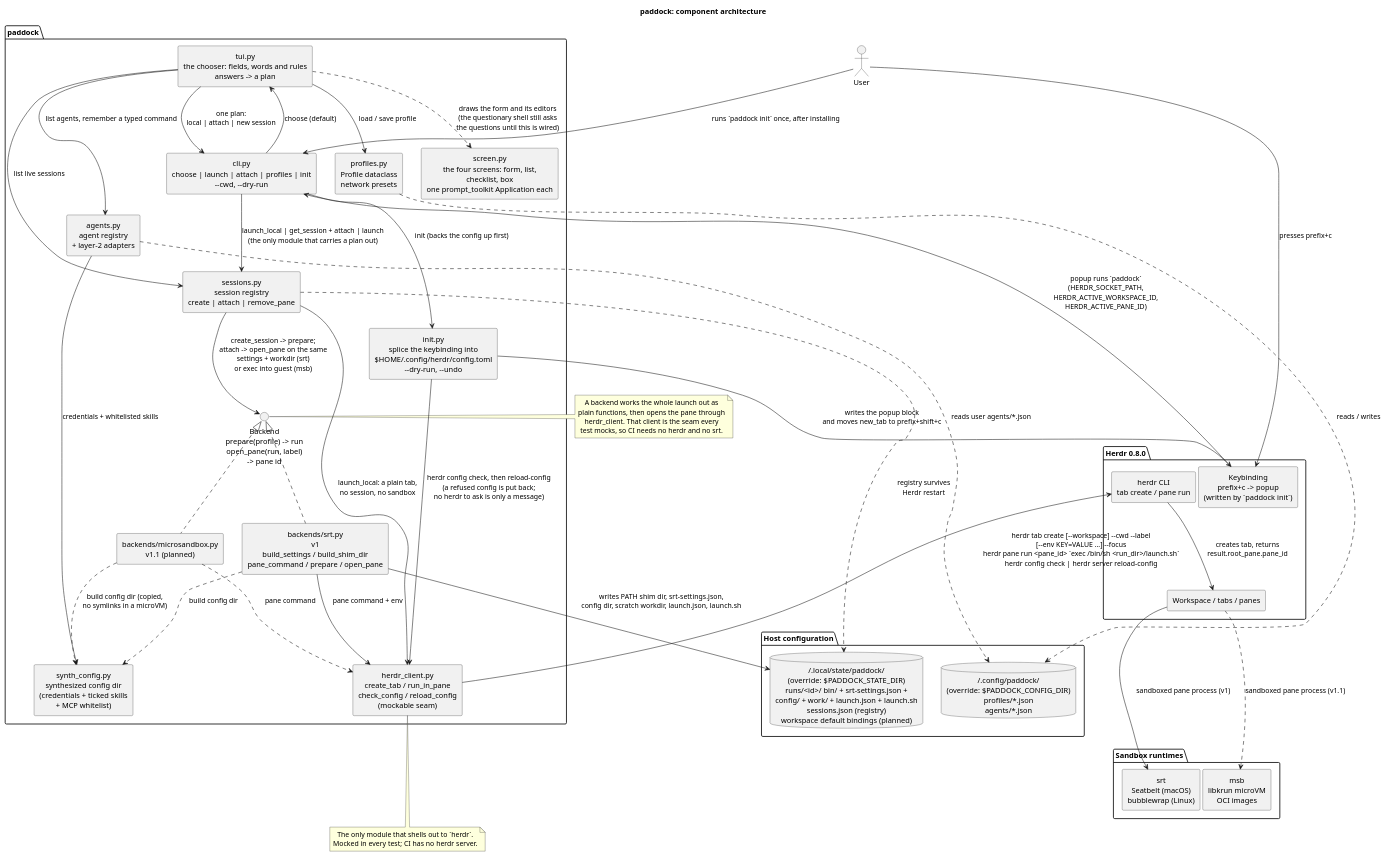
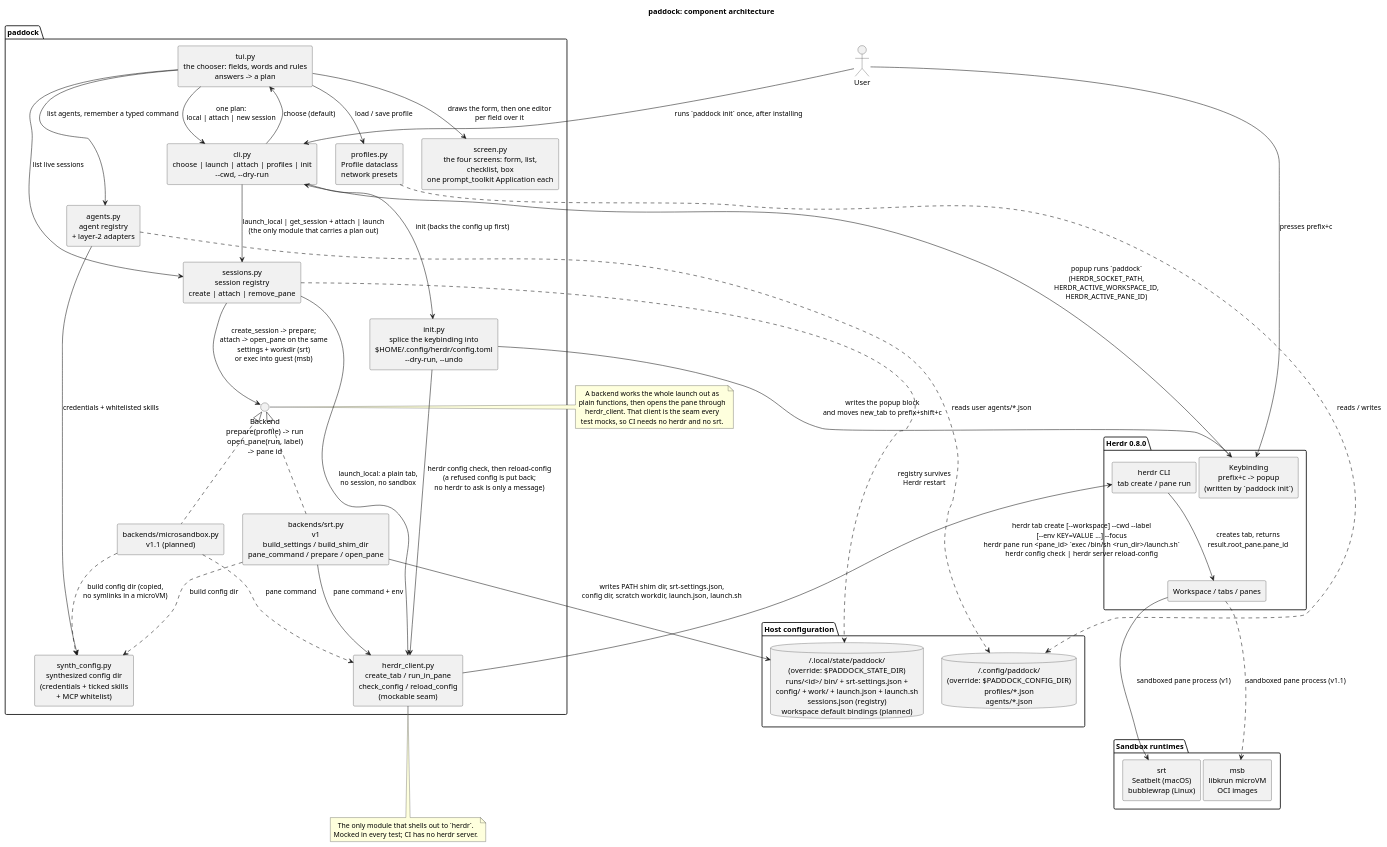
The diagram in docs/diagrams/architecture.puml (paddock-sh/paddock), drawn with PlantUML before and after one commit. The commit also changed 15 other files, not shown here.

```diff
--- a/docs/diagrams/architecture.puml
+++ b/docs/diagrams/architecture.puml
@@ -1,87 +1,87 @@
 @startuml architecture
 title paddock: component architecture
 
 skinparam componentStyle rectangle
 skinparam shadowing false
 skinparam defaultTextAlignment center
 
 actor User
 
 package "Herdr 0.8.0" {
   [Keybinding\nprefix+c -> popup\n(written by `paddock init`)] as Keybinding
   [herdr CLI\ntab create / pane run] as HerdrCLI
   [Workspace / tabs / panes] as HerdrUI
 }
 
 package "paddock" {
   [cli.py\nchoose | launch | attach | profiles | init\n~--cwd, ~--dry-run] as CLI
   [init.py\nsplice the keybinding into\n$HOME/.config/herdr/config.toml\n~--dry-run, ~--undo] as Init
   [tui.py\nthe chooser: fields, words and rules\nanswers -> a plan] as TUI
   [screen.py\nthe four screens: form, list,\nchecklist, box\none prompt_toolkit Application each] as Screen
   [sessions.py\nsession registry\ncreate | attach | remove_pane] as Sessions
   [profiles.py\nProfile dataclass\nnetwork presets] as Profiles
   [agents.py\nagent registry\n+ layer-2 adapters] as Agents
   [synth_config.py\nsynthesized config dir\n(credentials + ticked skills\n+ MCP whitelist)] as SynthConfig
   interface "Backend\nprepare(profile) -> run\nopen_pane(run, label)\n-> pane id" as BackendAPI
   [backends/srt.py\nv1\nbuild_settings / build_shim_dir\npane_command / prepare / open_pane] as SrtBackend
   [backends/microsandbox.py\nv1.1 (planned)] as MsbBackend
   [herdr_client.py\ncreate_tab / run_in_pane\ncheck_config / reload_config\n(mockable seam)] as HerdrClient
 }
 
 package "Host configuration" {
   database "~/.config/paddock/\n(override: $PADDOCK_CONFIG_DIR)\nprofiles/*.json\nagents/*.json" as ConfigFiles
   database "~/.local/state/paddock/\n(override: $PADDOCK_STATE_DIR)\nruns/<id>/ bin/ + srt-settings.json +\nconfig/ + work/ + launch.json + launch.sh\nsessions.json (registry)\nworkspace default bindings (planned)" as RunDir
 }
 
 package "Sandbox runtimes" {
   [srt\nSeatbelt (macOS)\nbubblewrap (Linux)] as Srt
   [msb\nlibkrun microVM\nOCI images] as Msb
 }
 
 User --> CLI : runs `paddock init` once, after installing
 CLI --> Init : init (backs the config up first)
 Init --> Keybinding : writes the popup block\nand moves new_tab to prefix+shift+c
 Init --> HerdrClient : herdr config check, then reload-config\n(a refused config is put back;\nno herdr to ask is only a message)
 User --> Keybinding : presses prefix+c
 Keybinding --> CLI : popup runs `paddock`\n(HERDR_SOCKET_PATH,\nHERDR_ACTIVE_WORKSPACE_ID,\nHERDR_ACTIVE_PANE_ID)
 CLI --> TUI : choose (default)
 TUI --> CLI : one plan:\nlocal | attach | new session
-TUI ..> Screen : draws the form and its editors\n(the questionary shell still asks\nthe questions until this is wired)
+TUI --> Screen : draws the form, then one editor\nper field over it
 TUI --> Profiles : load / save profile
 TUI --> Agents : list agents, remember a typed command
 TUI --> Sessions : list live sessions
 Sessions ..> RunDir : registry survives\nHerdr restart
 Profiles ..> ConfigFiles : reads / writes
 Agents ..> ConfigFiles : reads user agents/*.json
 
 CLI --> Sessions : launch_local | get_session + attach | launch\n(the only module that carries a plan out)
 BackendAPI <|.. SrtBackend
 BackendAPI <|.. MsbBackend
 
 SrtBackend --> RunDir : writes PATH shim dir, srt-settings.json,\nconfig dir, scratch workdir, launch.json, launch.sh
 Sessions --> BackendAPI : create_session -> prepare;\nattach -> open_pane on the same\nsettings + workdir (srt)\nor exec into guest (msb)
 Sessions --> HerdrClient : launch_local: a plain tab,\nno session, no sandbox
 SrtBackend ..> SynthConfig : build config dir
 MsbBackend ..> SynthConfig : build config dir (copied,\nno symlinks in a microVM)
 Agents --> SynthConfig : credentials + whitelisted skills
 
 SrtBackend --> HerdrClient : pane command + env
 MsbBackend ..> HerdrClient : pane command
 HerdrClient --> HerdrCLI : herdr tab create [~--workspace] ~--cwd ~--label\n[~--env KEY=VALUE ...] ~--focus\nherdr pane run <pane_id> `exec /bin/sh <run_dir>/launch.sh`\nherdr config check | herdr server reload-config
 HerdrCLI --> HerdrUI : creates tab, returns\nresult.root_pane.pane_id
 HerdrUI --> Srt : sandboxed pane process (v1)
 HerdrUI ..> Msb : sandboxed pane process (v1.1)
 
 note right of BackendAPI
   A backend works the whole launch out as
   plain functions, then opens the pane through
   herdr_client. That client is the seam every
   test mocks, so CI needs no herdr and no srt.
 end note
 
 note bottom of HerdrClient
   The only module that shells out to `herdr`.
   Mocked in every test; CI has no herdr server.
 end note
 
 @enduml
```
